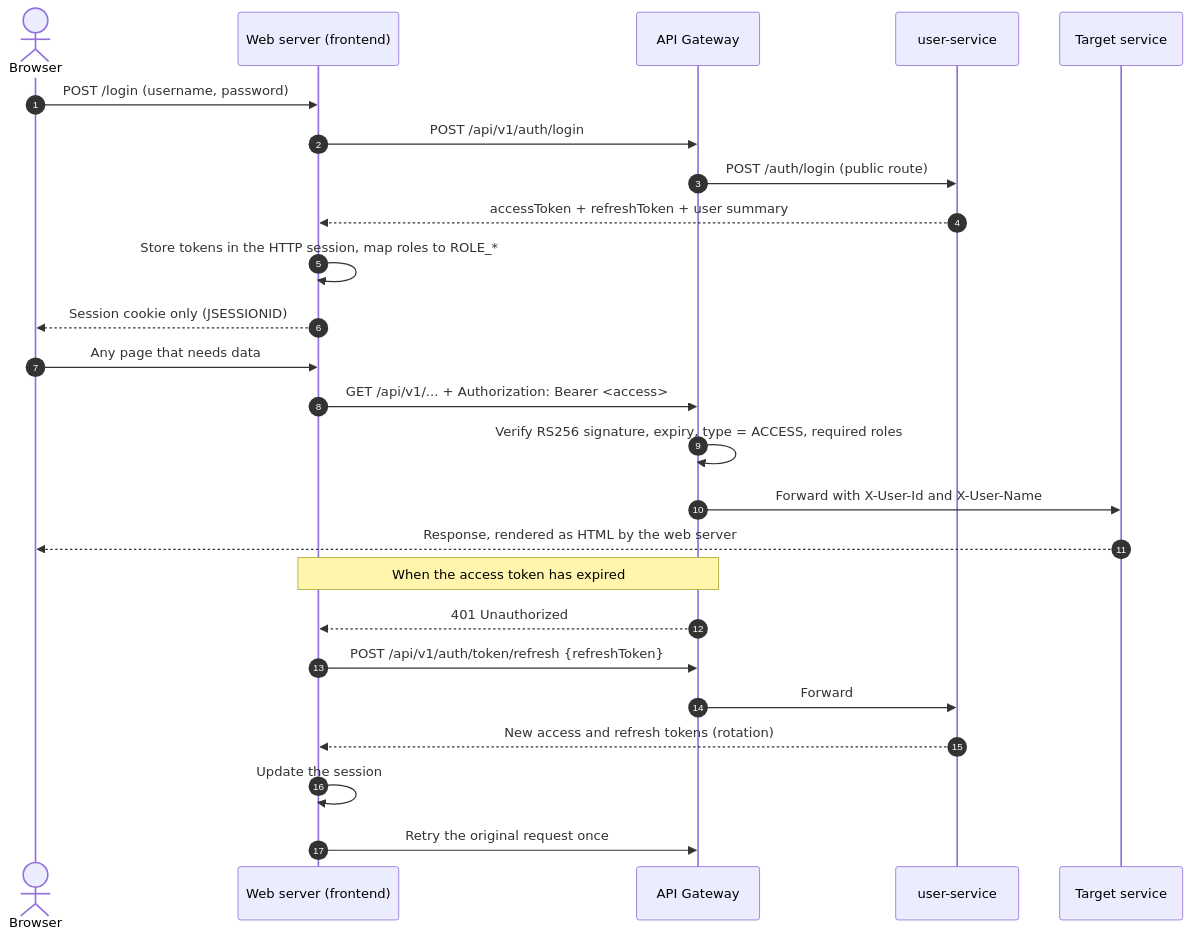
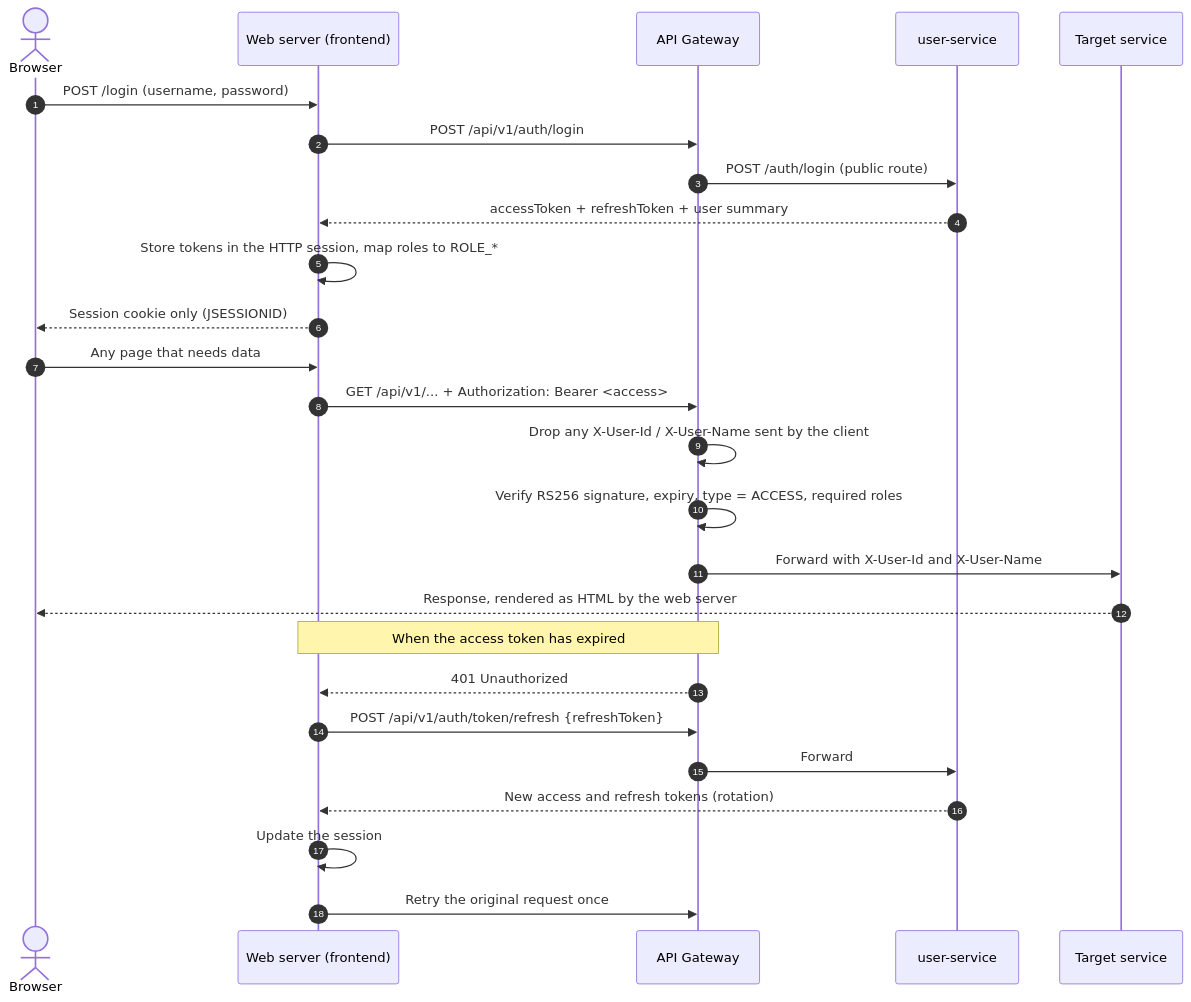
One commit to valenosa/MetaMapa changed the diagram in docs/authentication.md. Above: the diagram before and after it, drawn with Mermaid. The commit also changed other lines of this file and 5 other files, not shown here.

````diff
--- a/docs/authentication.md
+++ b/docs/authentication.md
@@ -20,30 +20,31 @@
 ```mermaid
 sequenceDiagram
     autonumber
     actor U as Browser
     participant W as Web server (frontend)
     participant G as API Gateway
     participant A as user-service
     participant S as Target service
 
     U->>W: POST /login (username, password)
     W->>G: POST /api/v1/auth/login
     G->>A: POST /auth/login (public route)
     A-->>W: accessToken + refreshToken + user summary
     W->>W: Store tokens in the HTTP session, map roles to ROLE_*
     W-->>U: Session cookie only (JSESSIONID)
 
     U->>W: Any page that needs data
     W->>G: GET /api/v1/... + Authorization: Bearer <access>
+    G->>G: Drop any X-User-Id / X-User-Name sent by the client
     G->>G: Verify RS256 signature, expiry, type = ACCESS, required roles
     G->>S: Forward with X-User-Id and X-User-Name
     S-->>U: Response, rendered as HTML by the web server
 
     Note over W,G: When the access token has expired
     G-->>W: 401 Unauthorized
     W->>G: POST /api/v1/auth/token/refresh {refreshToken}
     G->>A: Forward
     A-->>W: New access and refresh tokens (rotation)
     W->>W: Update the session
     W->>G: Retry the original request once
 ```
````
